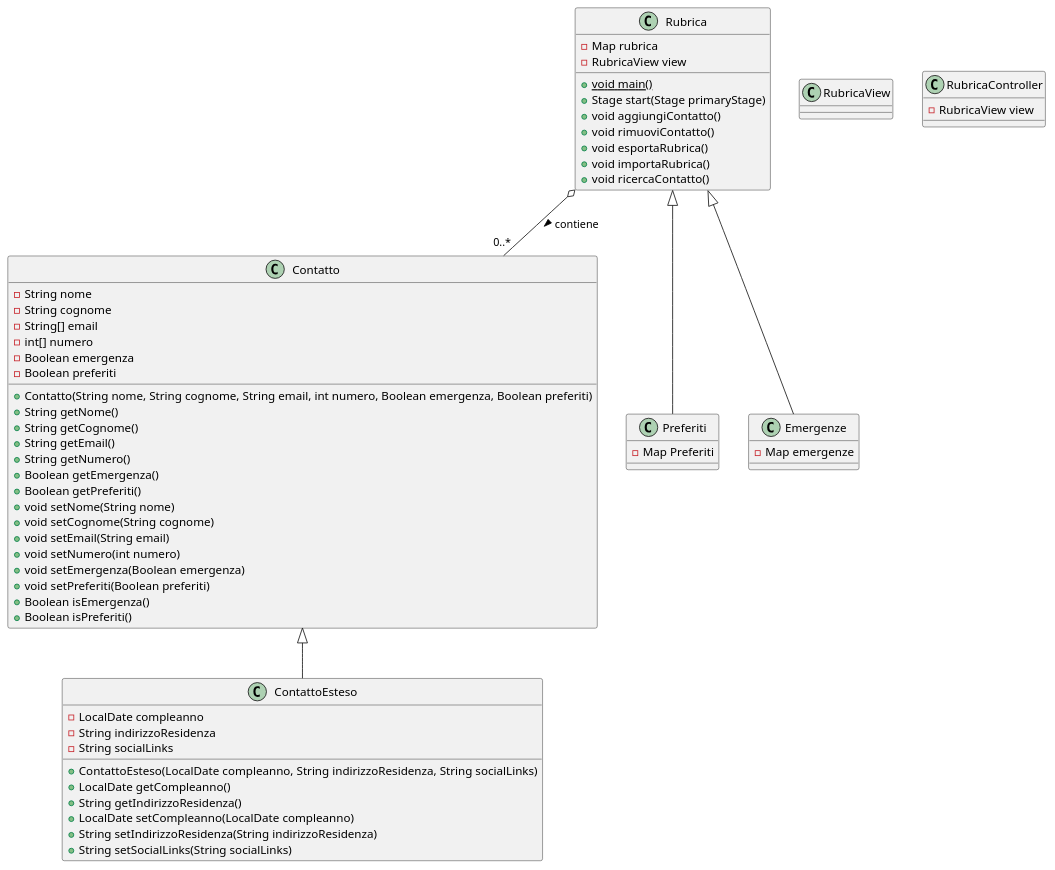
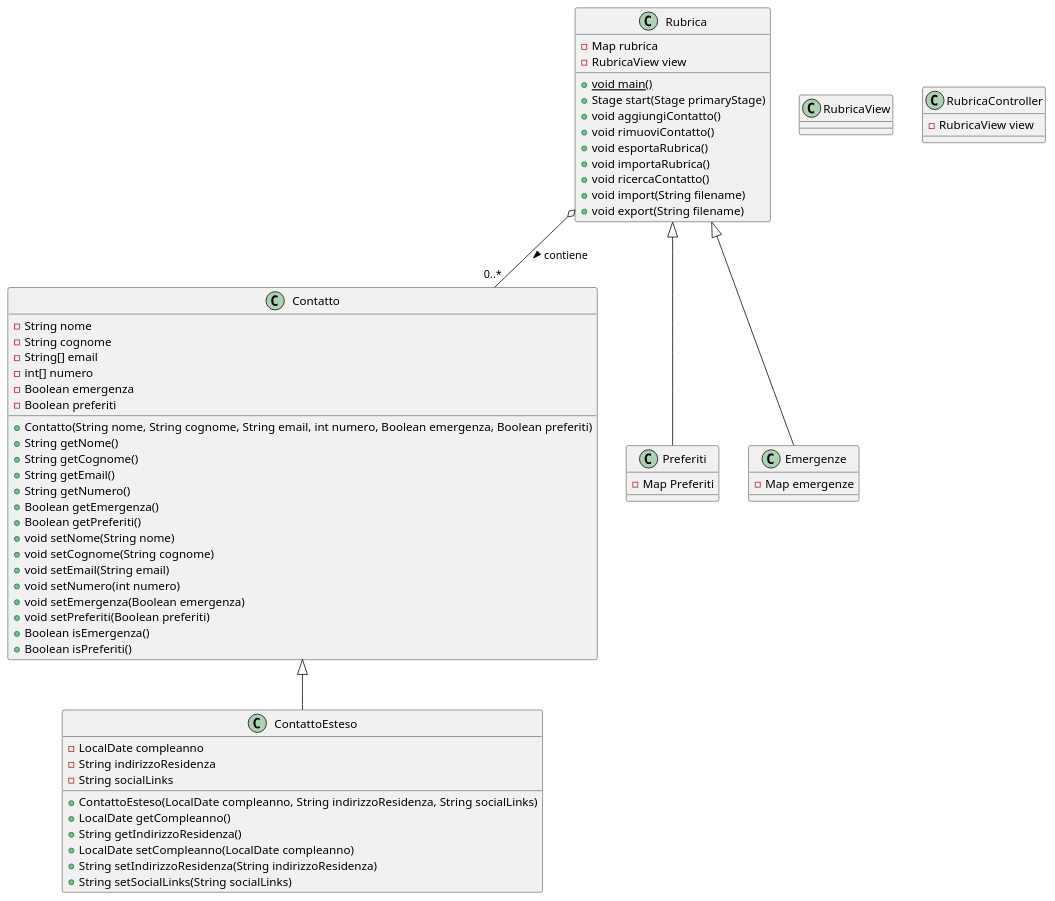
The diagram in docs/bozze/Diagrammi/Classi/DiagrammiClassi.puml (emanueletocci/uni-swe-project), drawn with PlantUML before and after one commit.

Commit message:
aggiunta diagrammi di sequenza degli scenari di export/import/modifica contatto, bozze non definitive

```diff
--- a/docs/bozze/Diagrammi/Classi/DiagrammiClassi.puml
+++ b/docs/bozze/Diagrammi/Classi/DiagrammiClassi.puml
@@ -1,66 +1,67 @@
 @startuml
 class Contatto {
   - String nome
   - String cognome
   - String[] email
   - int[] numero
   - Boolean emergenza
   - Boolean preferiti
   + Contatto(String nome, String cognome, String email, int numero, Boolean emergenza, Boolean preferiti)
   + String getNome()
   + String getCognome()
   + String getEmail()
   + String getNumero()
   + Boolean getEmergenza()
   + Boolean getPreferiti()
   + void setNome(String nome)
   + void setCognome(String cognome)
   + void setEmail(String email)
   + void setNumero(int numero)
   + void setEmergenza(Boolean emergenza)
   + void setPreferiti(Boolean preferiti)
   + Boolean isEmergenza()
   + Boolean isPreferiti()
-  
-} 
+
+}
 class ContattoEsteso {
   - LocalDate compleanno
   - String indirizzoResidenza
   - String socialLinks
   + ContattoEsteso(LocalDate compleanno, String indirizzoResidenza, String socialLinks)
   + LocalDate getCompleanno()
   + String getIndirizzoResidenza()
   + LocalDate setCompleanno(LocalDate compleanno)
   + String setIndirizzoResidenza(String indirizzoResidenza)
   + String setSocialLinks(String socialLinks)
 }
 class Rubrica {
   - Map rubrica
   - RubricaView view
   + void {static} main()
   + Stage start(Stage primaryStage)
   + void aggiungiContatto()
   + void rimuoviContatto()
   + void esportaRubrica()
   + void importaRubrica()
   + void ricercaContatto()
+  + void import(String filename)
+  + void export(String filename)
 }
 
 class Preferiti {
   - Map Preferiti
 }
 class Emergenze {
   - Map emergenze
 }
 
 class RubricaView
 class RubricaController{
   - RubricaView view
 }
 
 Contatto <|-- ContattoEsteso
 Rubrica <|-- Preferiti
 Rubrica <|-- Emergenze
 Rubrica o-- "0..*" Contatto : contiene >
-
 @enduml
```
